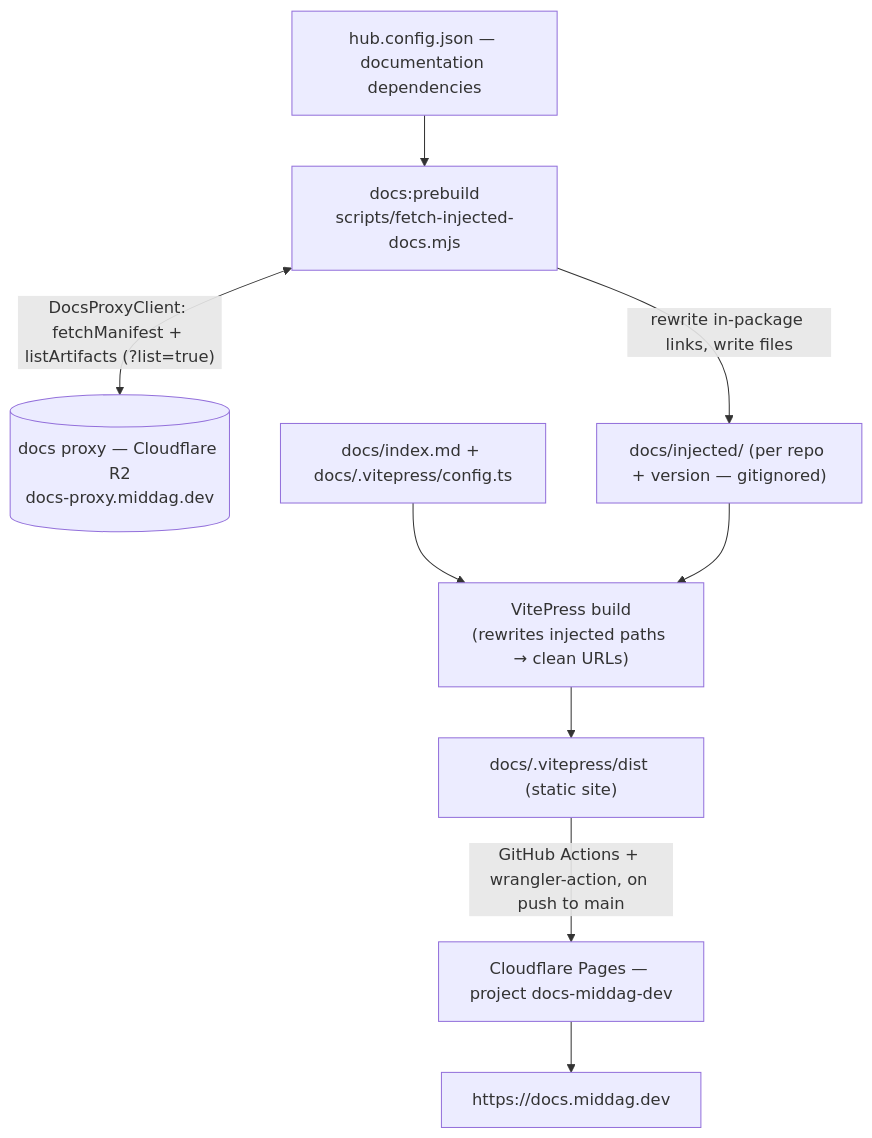
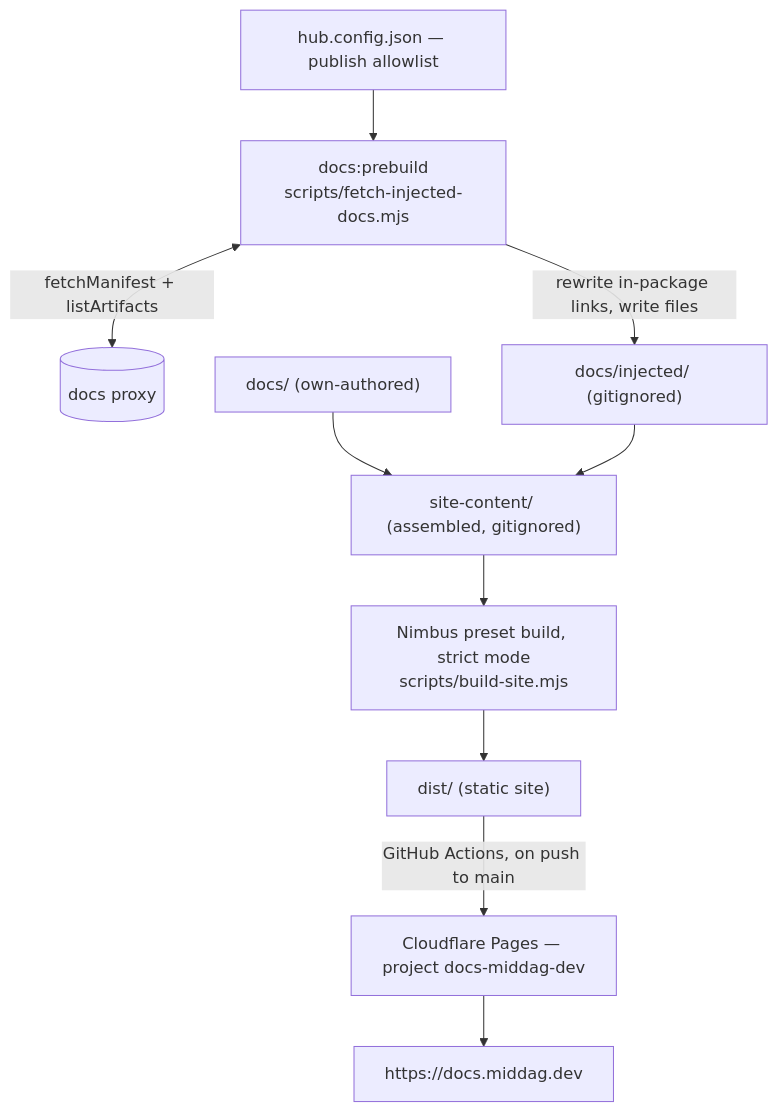
One commit to middag-io/docs-middag-dev changed the diagram in README.md. Above: the diagram before and after it, drawn with Mermaid. The commit also changed other lines of this file and 12 other files, not shown here.

First line of the commit message:
ci: deploy the Nimbus build to production and drop VitePress

````diff
--- a/README.md
+++ b/README.md
@@ -19,11 +20,12 @@
 ```mermaid
 flowchart TD
-  A["hub.config.json — documentation dependencies"] --> B["docs:prebuild<br/>scripts/fetch-injected-docs.mjs"]
-  B <-->|"DocsProxyClient: fetchManifest + listArtifacts (?list=true)"| P[("docs proxy — Cloudflare R2<br/>docs-proxy.middag.dev")]
-  B -->|"rewrite in-package links, write files"| I["docs/injected/ (per repo + version — gitignored)"]
-  S["docs/index.md + docs/.vitepress/config.ts"] --> V["VitePress build<br/>(rewrites injected paths → clean URLs)"]
-  I --> V
-  V --> O["docs/.vitepress/dist (static site)"]
-  O -->|"GitHub Actions + wrangler-action, on push to main"| CF["Cloudflare Pages — project docs-middag-dev"]
+  A["hub.config.json — publish allowlist"] --> B["docs:prebuild<br/>scripts/fetch-injected-docs.mjs"]
+  B <-->|"fetchManifest + listArtifacts"| P[("docs proxy")]
+  B -->|"rewrite in-package links, write files"| I["docs/injected/ (gitignored)"]
+  S["docs/ (own-authored)"] --> C["site-content/ (assembled, gitignored)"]
+  I --> C
+  C --> N["Nimbus preset build, strict mode<br/>scripts/build-site.mjs"]
+  N --> O["dist/ (static site)"]
+  O -->|"GitHub Actions, on push to main"| CF["Cloudflare Pages — project docs-middag-dev"]
   CF --> DOM["https://docs.middag.dev"]
 ```
````
